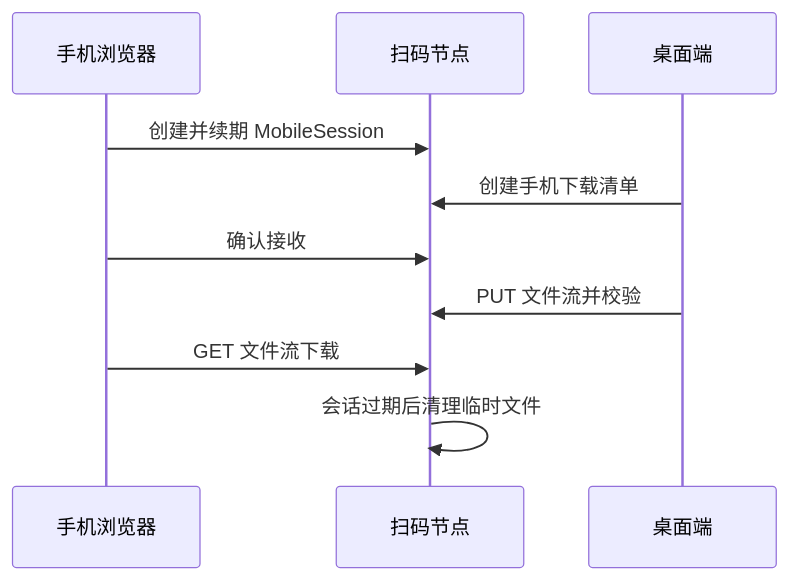
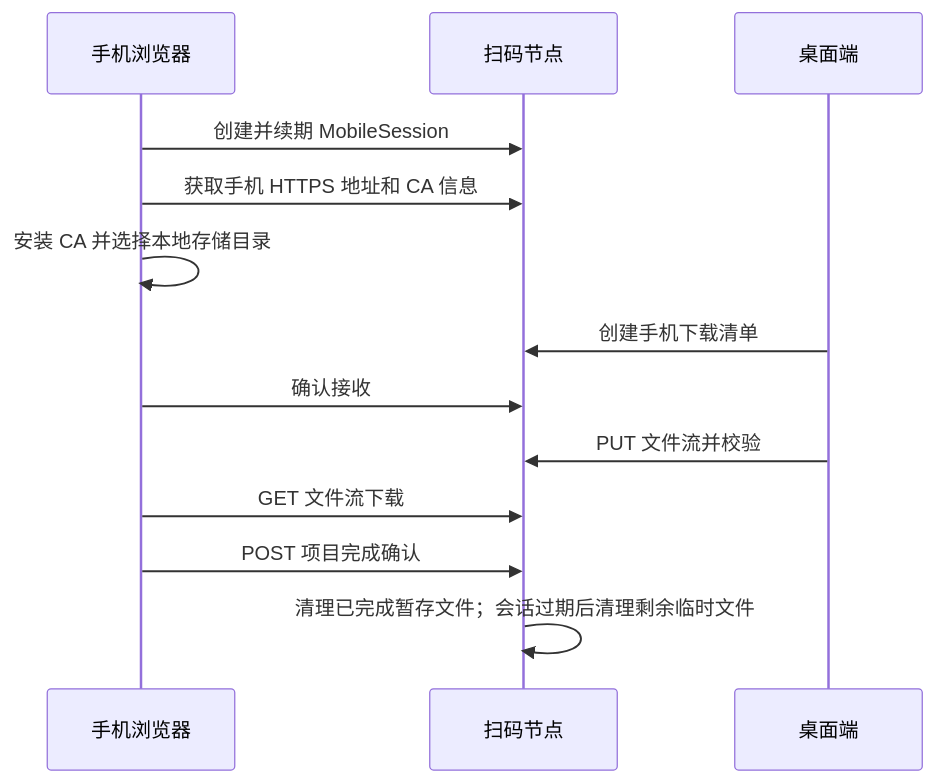
One commit to yangjinming1062/MeshShare changed the fifth of 5 diagrams in docs/ARCHITECTURE_MAP.md. Above: the diagram before and after it, drawn with Mermaid. The commit also changed other lines of this file and 16 other files, not shown here.

````diff
--- a/docs/ARCHITECTURE_MAP.md
+++ b/docs/ARCHITECTURE_MAP.md
@@ -72,12 +72,15 @@
 ```mermaid
 sequenceDiagram
   participant P as 手机浏览器
   participant R as 扫码节点
   participant U as 桌面端
   P->>R: 创建并续期 MobileSession
+  P->>R: 获取手机 HTTPS 地址和 CA 信息
+  P->>P: 安装 CA 并选择本地存储目录
   U->>R: 创建手机下载清单
   P->>R: 确认接收
   U->>R: PUT 文件流并校验
   P->>R: GET 文件流下载
-  R->>R: 会话过期后清理临时文件
+  P->>R: POST 项目完成确认
+  R->>R: 清理已完成暂存文件；会话过期后清理剩余临时文件
 ```
````
